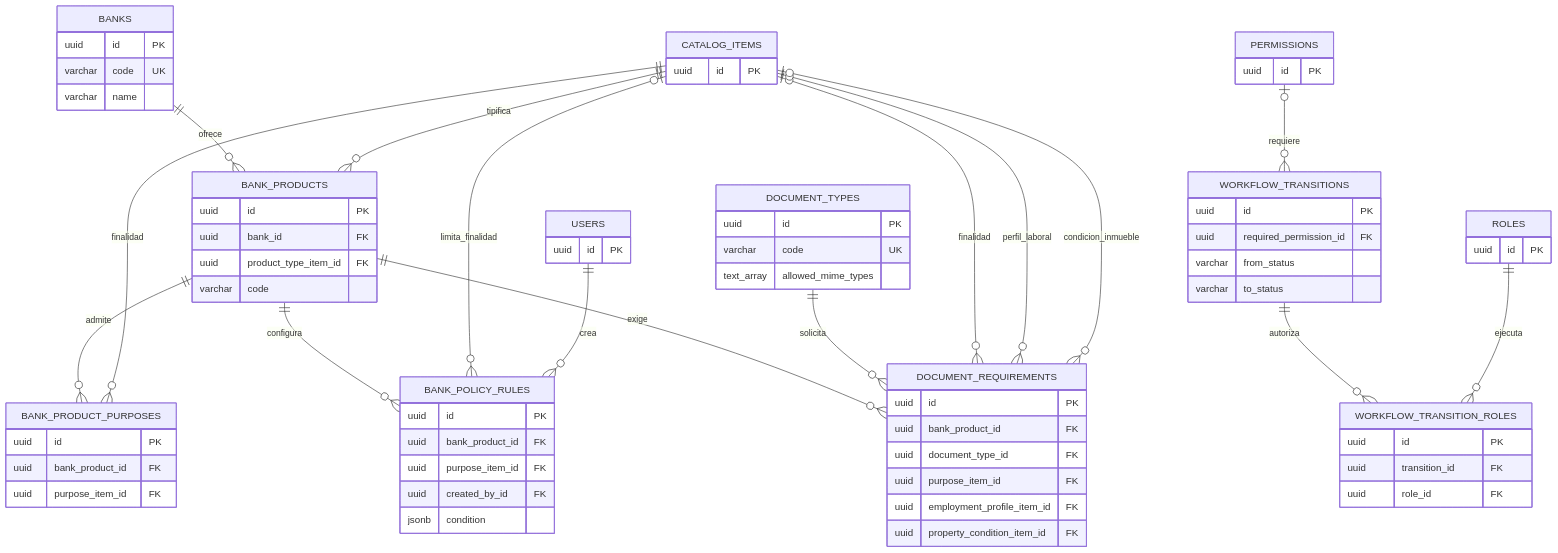
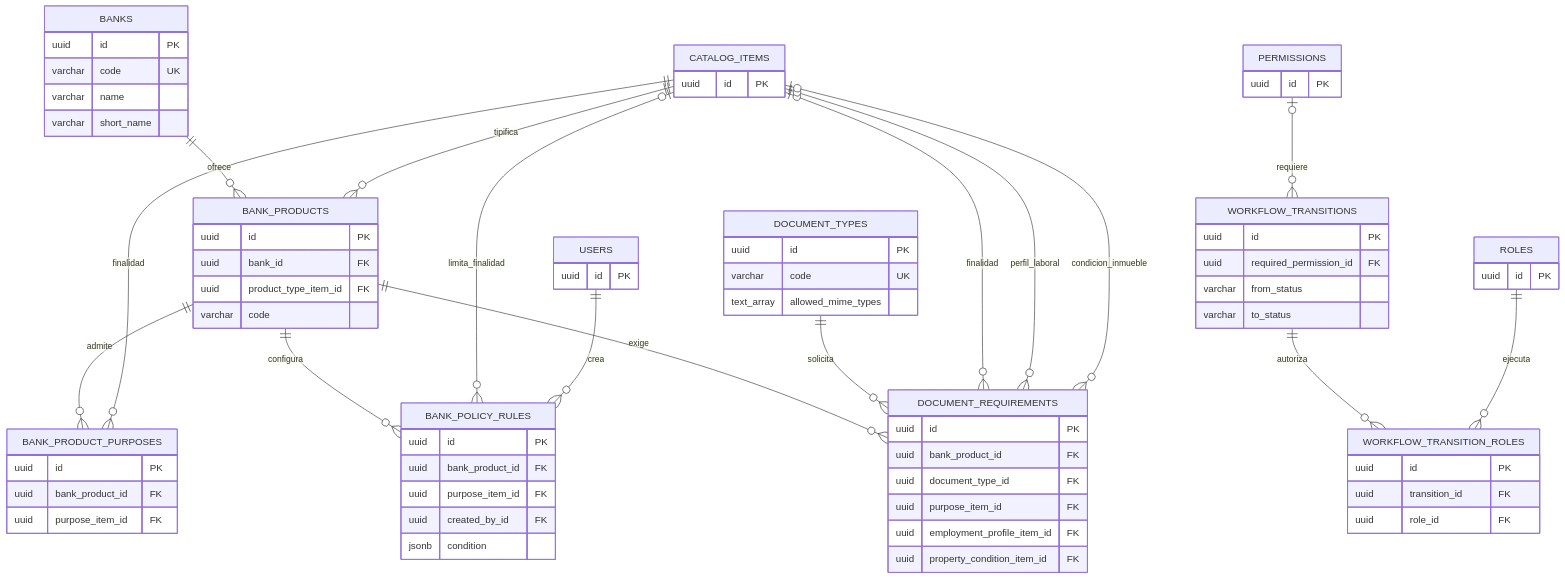
One commit to CarlosDev88/real-estate-credit-backoffice changed the fourth of 9 diagrams in docs/DER_COMPLETO_MVP_CREDITO.md. Above: the diagram before and after it, drawn with Mermaid. The commit also changed other lines of this file and 37 other files, not shown here.

````diff
--- a/docs/DER_COMPLETO_MVP_CREDITO.md
+++ b/docs/DER_COMPLETO_MVP_CREDITO.md
@@ -215,78 +215,79 @@
 ```mermaid
 erDiagram
     BANKS ||--o{ BANK_PRODUCTS : ofrece
     CATALOG_ITEMS ||--o{ BANK_PRODUCTS : tipifica
     BANK_PRODUCTS ||--o{ BANK_PRODUCT_PURPOSES : admite
     CATALOG_ITEMS ||--o{ BANK_PRODUCT_PURPOSES : finalidad
     BANK_PRODUCTS ||--o{ BANK_POLICY_RULES : configura
     CATALOG_ITEMS o|--o{ BANK_POLICY_RULES : limita_finalidad
     USERS ||--o{ BANK_POLICY_RULES : crea
     BANK_PRODUCTS ||--o{ DOCUMENT_REQUIREMENTS : exige
     DOCUMENT_TYPES ||--o{ DOCUMENT_REQUIREMENTS : solicita
     CATALOG_ITEMS o|--o{ DOCUMENT_REQUIREMENTS : finalidad
     CATALOG_ITEMS o|--o{ DOCUMENT_REQUIREMENTS : perfil_laboral
     CATALOG_ITEMS o|--o{ DOCUMENT_REQUIREMENTS : condicion_inmueble
     PERMISSIONS o|--o{ WORKFLOW_TRANSITIONS : requiere
     WORKFLOW_TRANSITIONS ||--o{ WORKFLOW_TRANSITION_ROLES : autoriza
     ROLES ||--o{ WORKFLOW_TRANSITION_ROLES : ejecuta
 
     BANKS {
         uuid id PK
         varchar code UK
         varchar name
+        varchar short_name
     }
     BANK_PRODUCTS {
         uuid id PK
         uuid bank_id FK
         uuid product_type_item_id FK
         varchar code
     }
     BANK_PRODUCT_PURPOSES {
         uuid id PK
         uuid bank_product_id FK
         uuid purpose_item_id FK
     }
     BANK_POLICY_RULES {
         uuid id PK
         uuid bank_product_id FK
         uuid purpose_item_id FK
         uuid created_by_id FK
         jsonb condition
     }
     DOCUMENT_TYPES {
         uuid id PK
         varchar code UK
         text_array allowed_mime_types
     }
     DOCUMENT_REQUIREMENTS {
         uuid id PK
         uuid bank_product_id FK
         uuid document_type_id FK
         uuid purpose_item_id FK
         uuid employment_profile_item_id FK
         uuid property_condition_item_id FK
     }
     WORKFLOW_TRANSITIONS {
         uuid id PK
         uuid required_permission_id FK
         varchar from_status
         varchar to_status
     }
     WORKFLOW_TRANSITION_ROLES {
         uuid id PK
         uuid transition_id FK
         uuid role_id FK
     }
     CATALOG_ITEMS {
         uuid id PK
     }
     USERS {
         uuid id PK
     }
     ROLES {
         uuid id PK
     }
     PERMISSIONS {
         uuid id PK
     }
 ```
````
